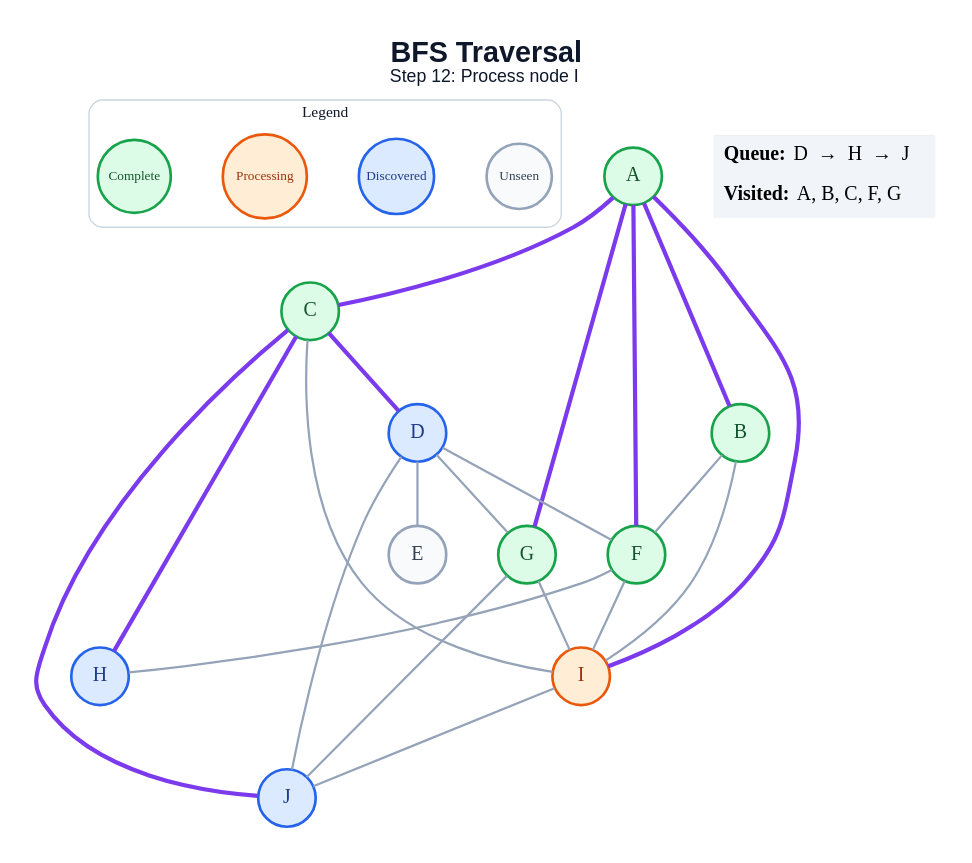
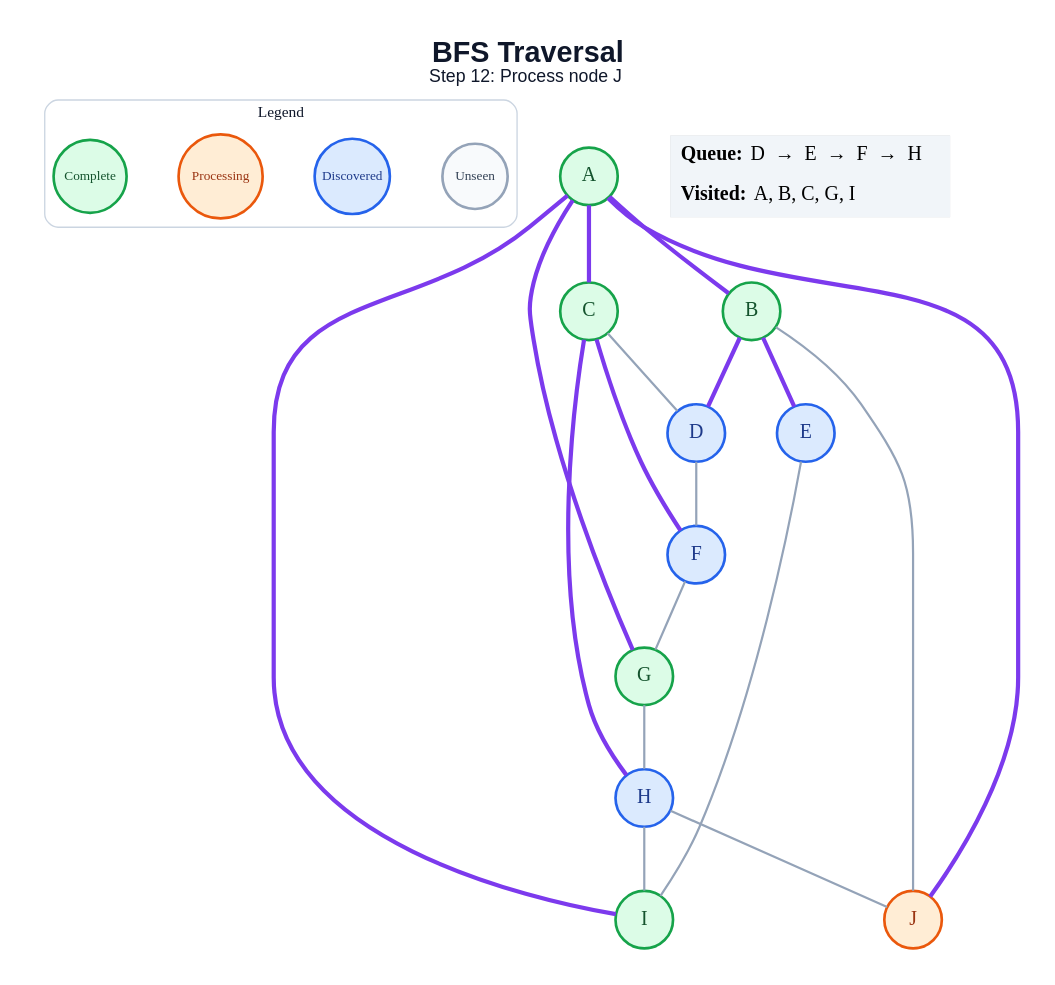
Before and after one commit to amanghodawala9/ai-slop: the diagram in generated/bfs/step_12.dot, drawn with Graphviz. The commit also changed 178 other files, not shown here.

```diff
--- a/generated/bfs/step_12.dot
+++ b/generated/bfs/step_12.dot
@@ -1,49 +1,46 @@
 graph traversal {
   graph [layout=dot, rankdir=TB, bgcolor="#FFFFFF", pad="0.35", nodesep="0.65", ranksep="0.8", fontname="Arial"];
   node [shape=circle, style="filled", fontname="Arial Bold", fontsize=18, width=0.72, fixedsize=true, penwidth=2.4];
   edge [color="#94A3B8", penwidth=2.0];
-  label=<<B>BFS Traversal</B><BR/><FONT POINT-SIZE="16">Step 12: Process node I</FONT>>; labelloc="t"; fontsize=26; fontname="Arial"; fontcolor="#0F172A";
+  label=<<B>BFS Traversal</B><BR/><FONT POINT-SIZE="16">Step 12: Process node J</FONT>>; labelloc="t"; fontsize=26; fontname="Arial"; fontcolor="#0F172A";
   subgraph cluster_legend { label="Legend"; color="#CBD5E1"; penwidth=1.2; style="rounded"; fontsize=14; fontname="Arial Bold";
     key_unseen [label="Unseen", fillcolor="#F8FAFC", color="#94A3B8", fontcolor="#334155", fontsize=12, width=0.82];
     key_frontier [label="Discovered", fillcolor="#DBEAFE", color="#2563EB", fontcolor="#1E3A8A", fontsize=12, width=0.95];
     key_current [label="Processing", fillcolor="#FFEDD5", color="#EA580C", fontcolor="#9A3412", fontsize=12, width=1.05];
     key_done [label="Complete", fillcolor="#DCFCE7", color="#16A34A", fontcolor="#14532D", fontsize=12, width=0.92];
     { rank=same; key_unseen; key_frontier; key_current; key_done; }
   }
   A [fillcolor="#DCFCE7", color="#16A34A", fontcolor="#14532D"];
   B [fillcolor="#DCFCE7", color="#16A34A", fontcolor="#14532D"];
   C [fillcolor="#DCFCE7", color="#16A34A", fontcolor="#14532D"];
   D [fillcolor="#DBEAFE", color="#2563EB", fontcolor="#1E3A8A"];
-  E [fillcolor="#F8FAFC", color="#94A3B8", fontcolor="#334155"];
-  F [fillcolor="#DCFCE7", color="#16A34A", fontcolor="#14532D"];
+  E [fillcolor="#DBEAFE", color="#2563EB", fontcolor="#1E3A8A"];
+  F [fillcolor="#DBEAFE", color="#2563EB", fontcolor="#1E3A8A"];
   G [fillcolor="#DCFCE7", color="#16A34A", fontcolor="#14532D"];
   H [fillcolor="#DBEAFE", color="#2563EB", fontcolor="#1E3A8A"];
-  I [fillcolor="#FFEDD5", color="#EA580C", fontcolor="#9A3412"];
-  J [fillcolor="#DBEAFE", color="#2563EB", fontcolor="#1E3A8A"];
+  I [fillcolor="#DCFCE7", color="#16A34A", fontcolor="#14532D"];
+  J [fillcolor="#FFEDD5", color="#EA580C", fontcolor="#9A3412"];
   A -- B [color="#7C3AED", penwidth=3.8];
   A -- C [color="#7C3AED", penwidth=3.8];
-  A -- F [color="#7C3AED", penwidth=3.8];
   A -- G [color="#7C3AED", penwidth=3.8];
   A -- I [color="#7C3AED", penwidth=3.8];
-  B -- F;
-  B -- I;
-  C -- D [color="#7C3AED", penwidth=3.8];
+  A -- J [color="#7C3AED", penwidth=3.8];
+  B -- D [color="#7C3AED", penwidth=3.8];
+  B -- E [color="#7C3AED", penwidth=3.8];
+  B -- J;
+  C -- D;
+  C -- F [color="#7C3AED", penwidth=3.8];
   C -- H [color="#7C3AED", penwidth=3.8];
-  C -- I;
-  C -- J [color="#7C3AED", penwidth=3.8];
-  D -- E;
   D -- F;
-  D -- G;
-  D -- J;
-  F -- H;
-  F -- I;
-  G -- I;
-  G -- J;
-  I -- J;
+  E -- I;
+  F -- G;
+  G -- H;
+  H -- I;
+  H -- J;
   status [shape=plain, fixedsize=false, width=0, height=0, margin=0, label=<
     <TABLE BORDER="0" CELLBORDER="0" CELLPADDING="7" BGCOLOR="#F1F5F9">
-      <TR><TD ALIGN="LEFT"><B>Queue:</B> D  →  H  →  J</TD></TR>
-      <TR><TD ALIGN="LEFT"><B>Visited:</B> A, B, C, F, G</TD></TR>
+      <TR><TD ALIGN="LEFT"><B>Queue:</B> D  →  E  →  F  →  H</TD></TR>
+      <TR><TD ALIGN="LEFT"><B>Visited:</B> A, B, C, G, I</TD></TR>
     </TABLE>
   >];
 }
```
